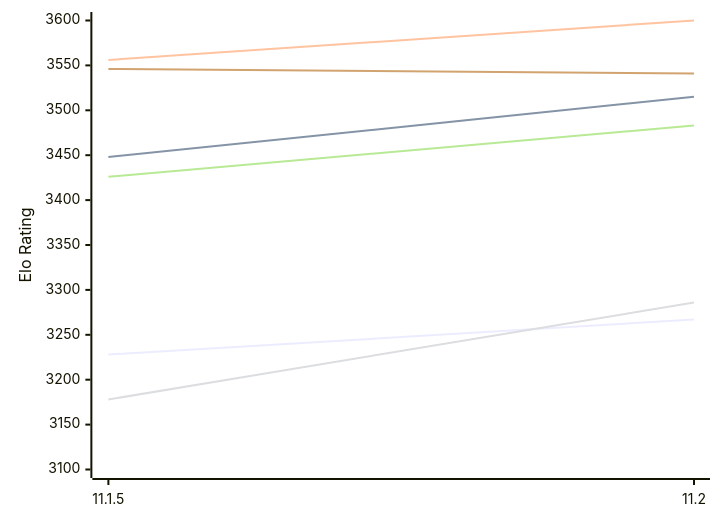
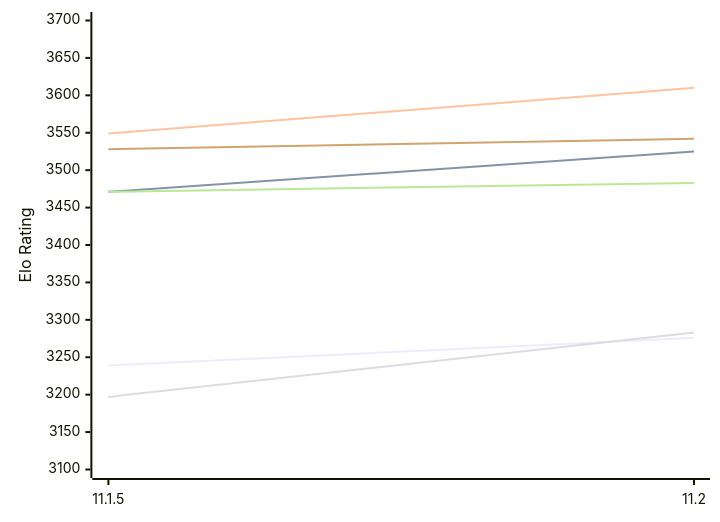
The first of 2 diagrams in engines/Lizard.md (computer-chess-index/cci), drawn with Mermaid before and after one commit. The commit also changed other lines of this file, not shown here.

Commit message:
Update CCI Ratings (ELO VLTC) - 2026-11-16

````diff
--- a/engines/Lizard.md
+++ b/engines/Lizard.md
@@ -52,12 +52,12 @@
 ```mermaid
 %%{init: {"theme":"base","themeVariables":{"seriesColors:['#a3a3a3','#222221','#faa371']}}}%%
 xychart-beta
   x-axis ["11.1.5", "11.2"]
-  y-axis "Elo Rating" 3100 --> 3600
-  line "E1: STC (8.0+0.08s)" [3228, 3267]
-  line "E1: LTC (60.0+0.60s)" [3448, 3515]
-  line "E1: VLTC (2m24s+1.12s)" [3556, 3600]
-  line "P1: STC (8.0+0.08s)" [3178, 3286]
-  line "P1: LTC (60.0+0.60s)" [3426, 3483]
-  line "P1: VLTC (2m24s+1.12s)" [3546, 3541]
+  y-axis "Elo Rating" 3100 --> 3700
+  line "E1: STC (8.0+0.08s)" [3239, 3276]
+  line "E1: LTC (60.0+0.60s)" [3471, 3525]
+  line "E1: VLTC (2m24s+1.12s)" [3549, 3610]
+  line "P1: STC (8.0+0.08s)" [3197, 3283]
+  line "P1: LTC (60.0+0.60s)" [3471, 3483]
+  line "P1: VLTC (2m24s+1.12s)" [3528, 3542]
 ```
````
